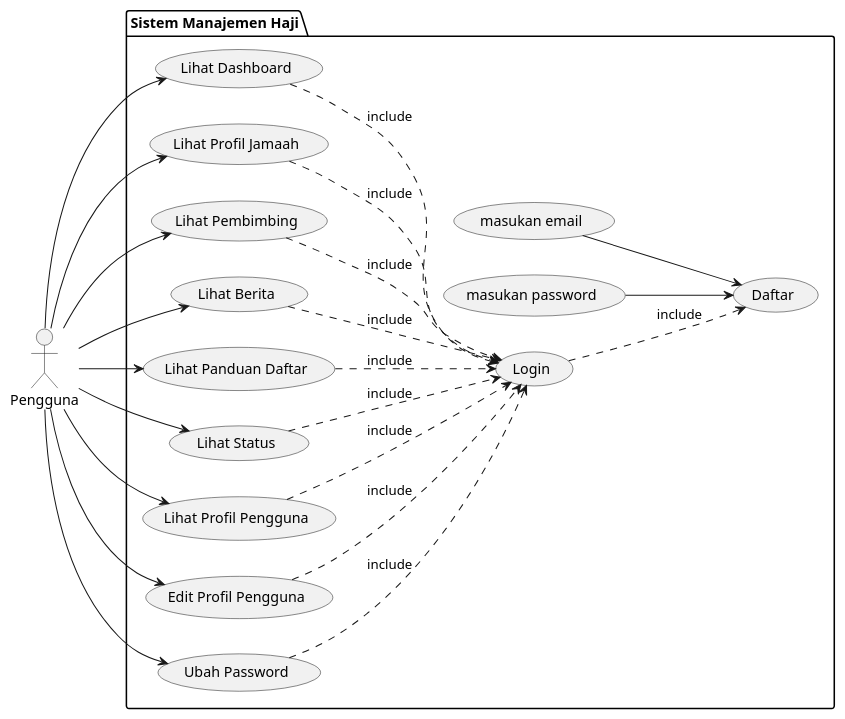
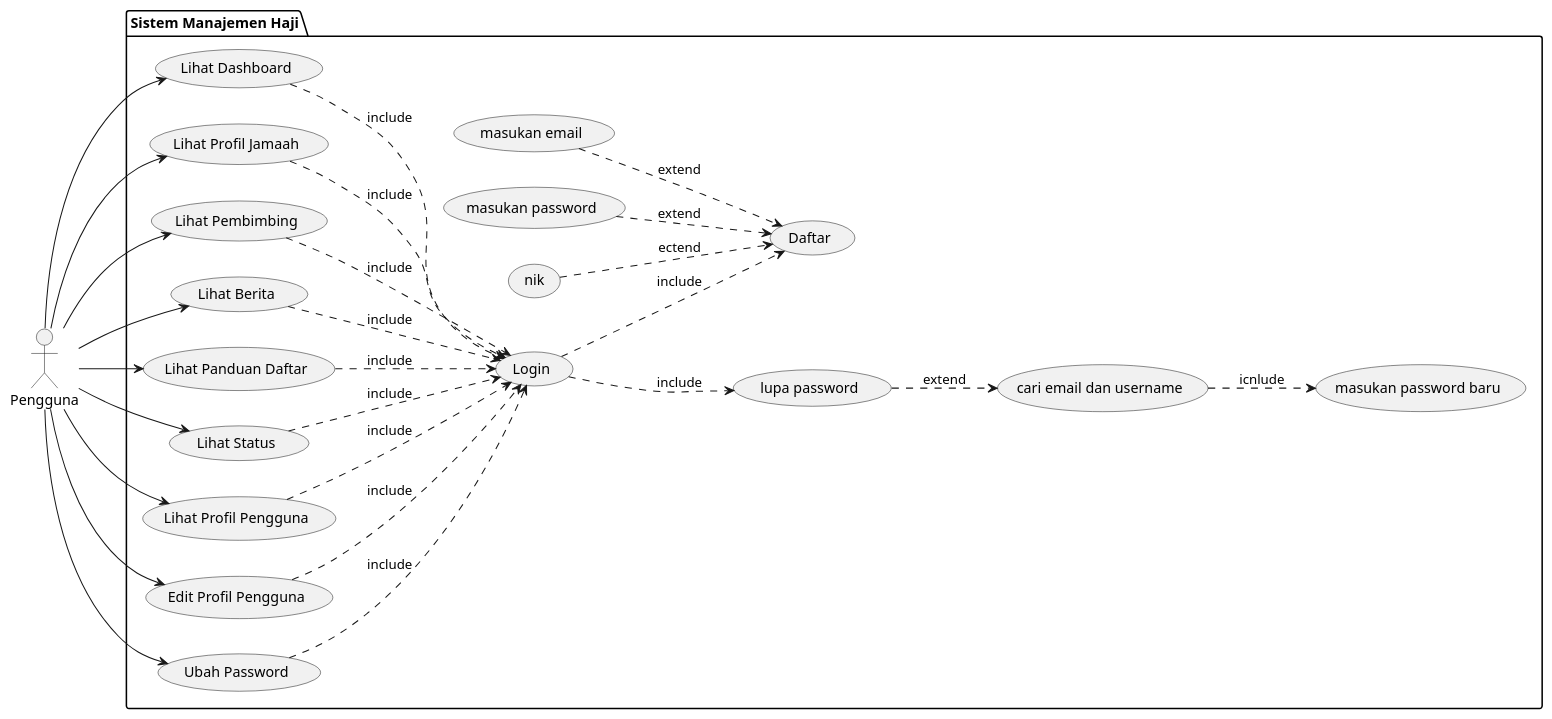
Before and after one commit to fauzirahayu/uzicom: the diagram in komponen/use_case_diagram_pengguna.puml, drawn with PlantUML. The commit also changed 9 other files, not shown here.

```diff
--- a/komponen/use_case_diagram_pengguna.puml
+++ b/komponen/use_case_diagram_pengguna.puml
@@ -1,58 +1,67 @@
 @startuml
 left to right direction
 
 actor "Pengguna" as Pengguna
 
 package "Sistem Manajemen Haji" {
     ' Authentication
     usecase "Login" as UC1
     usecase "Daftar" as UC2
     usecase "masukan email"as UC31
     usecase "masukan password" as UC32
+    usecase "nik" as UC33
+    usecase "lupa password" as UC34
+    usecase "masukan password baru" as UC35
+    usecase "cari email dan username" as UC36
+
 
     ' Dashboard
     usecase "Lihat Dashboard" as UC3
 
     ' View Jamaah Data
     usecase "Lihat Profil Jamaah" as UC8
 
     ' View Other Data
     usecase "Lihat Pembimbing" as UC24
     usecase "Lihat Berita" as UC25
     usecase "Lihat Panduan Daftar" as UC26
     usecase "Lihat Status" as UC27
 
     ' Profile Management
     usecase "Lihat Profil Pengguna" as UC28
     usecase "Edit Profil Pengguna" as UC29
     usecase "Ubah Password" as UC30
 
     ' Includes
     UC3 ..> UC1 : include
     UC8 ..> UC1 : include
     UC24 ..> UC1 : include
     UC25 ..> UC1 : include
     UC26 ..> UC1 : include
     UC27 ..> UC1 : include
     UC28 ..> UC1 : include
     UC29 ..> UC1 : include
     UC30 ..> UC1 : include
     UC1 ..> UC2 : include
 }
 
 '
 ' Pengguna relations
 '
-UC31 --> UC2 
-UC32 --> UC2 
+UC31 ..> UC2 : extend 
+UC32 ..> UC2 : extend
+UC33 ..> UC2 : ectend
+UC1 ..> UC34 : include
+UC34 ..> UC36 : extend
+UC36 ..> UC35 : icnlude
 Pengguna --> UC3
 Pengguna --> UC8
 Pengguna --> UC24
 Pengguna --> UC25
 Pengguna --> UC26
 Pengguna --> UC27
 Pengguna --> UC28
 Pengguna --> UC29
 Pengguna --> UC30
 
 @enduml
```
